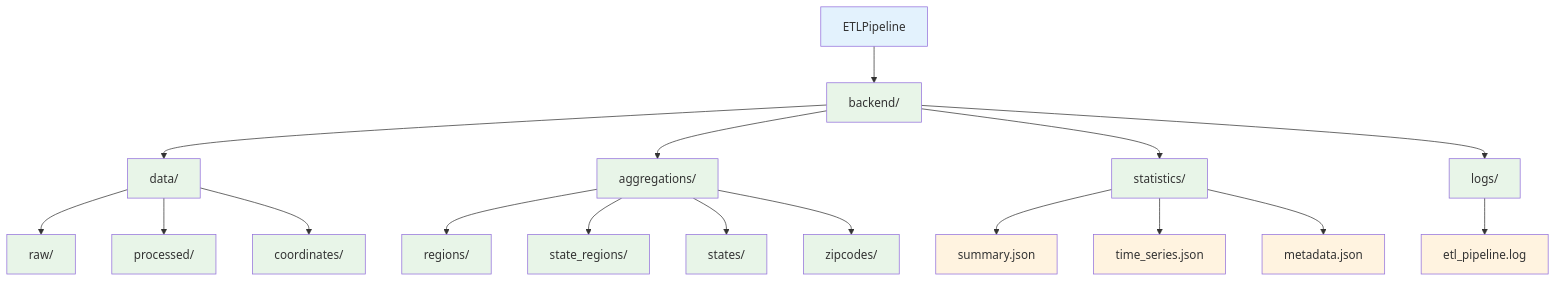
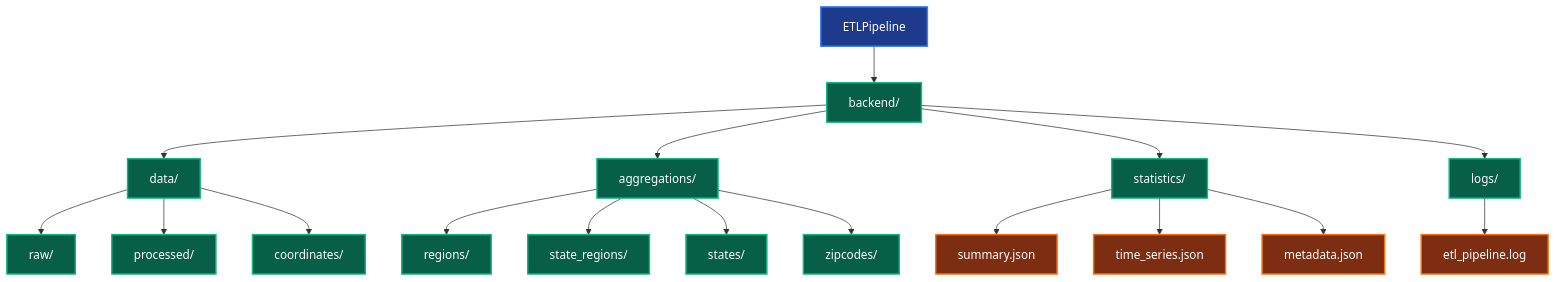
The fifth of 5 diagrams in backend/scripts/update_flow_diagram.md (RobertJStewart/RE), drawn with Mermaid before and after one commit. The commit also changed other lines of this file, not shown here.

First line of the commit message:
Update diagram colors for dark background readability

````diff
--- a/backend/scripts/update_flow_diagram.md
+++ b/backend/scripts/update_flow_diagram.md
@@ -194,32 +194,32 @@
 ```mermaid
 graph TD
     A[ETLPipeline] --> B[backend/]
     B --> C[data/]
     B --> D[aggregations/]
     B --> E[statistics/]
     B --> F[logs/]
     
     C --> C1[raw/]
     C --> C2[processed/]
     C --> C3[coordinates/]
     
     D --> D1[regions/]
     D --> D2[state_regions/]
     D --> D3[states/]
     D --> D4[zipcodes/]
     
     E --> E1[summary.json]
     E --> E2[time_series.json]
     E --> E3[metadata.json]
     
     F --> F1[etl_pipeline.log]
     
-    %% Styling
-    classDef root fill:#e3f2fd
-    classDef dir fill:#e8f5e8
-    classDef file fill:#fff3e0
+    %% Styling - Optimized for dark backgrounds
+    classDef root fill:#1e3a8a,stroke:#3b82f6,stroke-width:2px,color:#ffffff
+    classDef dir fill:#065f46,stroke:#10b981,stroke-width:2px,color:#ffffff
+    classDef file fill:#7c2d12,stroke:#f97316,stroke-width:2px,color:#ffffff
     
     class A root
     class B,C,D,E,F,C1,C2,C3,D1,D2,D3,D4 dir
     class E1,E2,E3,F1 file
 ```
````
